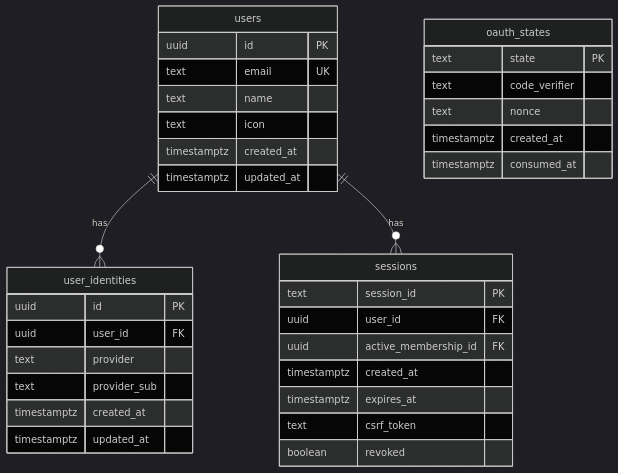
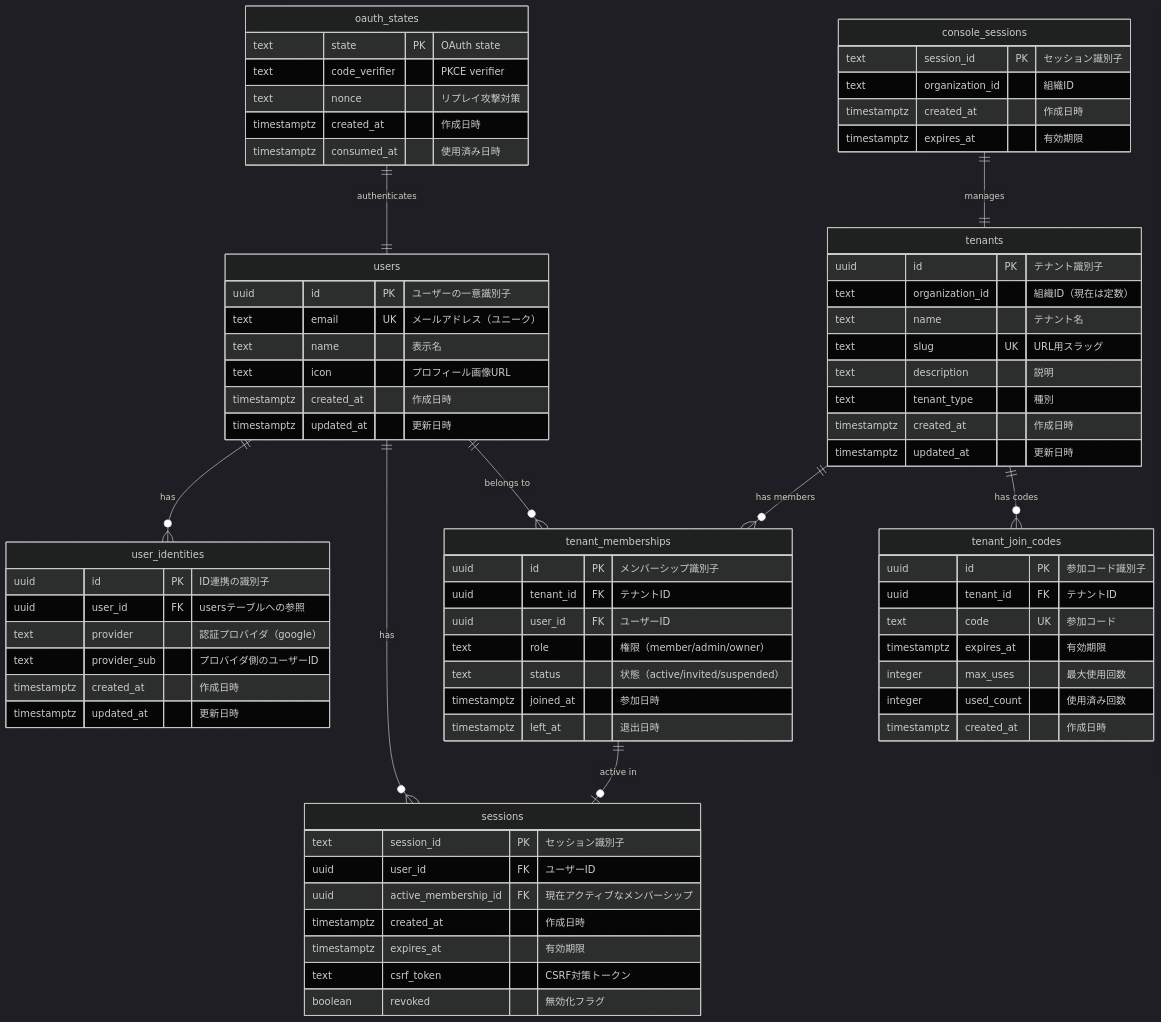
The sixth of 7 diagrams in docs/all_docs.md (shibayama-club/keyhub), drawn with Mermaid (dark theme) before and after one commit. The commit also changed other lines of this file, not shown here.

````diff
--- a/docs/all_docs.md
+++ b/docs/all_docs.md
@@ -232,41 +238,88 @@
 ```mermaid
 erDiagram
-  users {
-    uuid id PK
-    text email UK
-    text name
-    text icon
-    timestamptz created_at
-    timestamptz updated_at
-  }
+    users ||--o{ user_identities : "has"
+    users ||--o{ sessions : "has"
+    users ||--o{ tenant_memberships : "belongs to"
 
-  user_identities {
-    uuid id PK
-    uuid user_id FK
-    text provider
-    text provider_sub
-    timestamptz created_at
-    timestamptz updated_at
-  }
+    tenants ||--o{ tenant_memberships : "has members"
+    tenants ||--o{ tenant_join_codes : "has codes"
 
-  sessions {
-    text session_id PK
-    uuid user_id FK
-    uuid active_membership_id FK
-    timestamptz created_at
-    timestamptz expires_at
-    text csrf_token
-    boolean revoked
-  }
+    tenant_memberships ||--o| sessions : "active in"
 
-  oauth_states {
-    text state PK
-    text code_verifier
-    text nonce
-    timestamptz created_at
-    timestamptz consumed_at
-  }
+    oauth_states ||--|| users : "authenticates"
+    console_sessions ||--|| tenants : "manages"
 
-  users ||--o{ user_identities : has
-  users ||--o{ sessions : has
+    users {
+        uuid id PK "ユーザーの一意識別子"
+        text email UK "メールアドレス（ユニーク）"
+        text name "表示名"
+        text icon "プロフィール画像URL"
+        timestamptz created_at "作成日時"
+        timestamptz updated_at "更新日時"
+    }
+
+    user_identities {
+        uuid id PK "ID連携の識別子"
+        uuid user_id FK "usersテーブルへの参照"
+        text provider "認証プロバイダ（google）"
+        text provider_sub "プロバイダ側のユーザーID"
+        timestamptz created_at "作成日時"
+        timestamptz updated_at "更新日時"
+    }
+
+    sessions {
+        text session_id PK "セッション識別子"
+        uuid user_id FK "ユーザーID"
+        uuid active_membership_id FK "現在アクティブなメンバーシップ"
+        timestamptz created_at "作成日時"
+        timestamptz expires_at "有効期限"
+        text csrf_token "CSRF対策トークン"
+        boolean revoked "無効化フラグ"
+    }
+
+    oauth_states {
+        text state PK "OAuth state"
+        text code_verifier "PKCE verifier"
+        text nonce "リプレイ攻撃対策"
+        timestamptz created_at "作成日時"
+        timestamptz consumed_at "使用済み日時"
+    }
+
+    tenants {
+        uuid id PK "テナント識別子"
+        text organization_id "組織ID（現在は定数）"
+        text name "テナント名"
+        text slug UK "URL用スラッグ"
+        text description "説明"
+        text tenant_type "種別"
+        timestamptz created_at "作成日時"
+        timestamptz updated_at "更新日時"
+    }
+
+    tenant_join_codes {
+        uuid id PK "参加コード識別子"
+        uuid tenant_id FK "テナントID"
+        text code UK "参加コード"
+        timestamptz expires_at "有効期限"
+        integer max_uses "最大使用回数"
+        integer used_count "使用済み回数"
+        timestamptz created_at "作成日時"
+    }
+
+    tenant_memberships {
+        uuid id PK "メンバーシップ識別子"
+        uuid tenant_id FK "テナントID"
+        uuid user_id FK "ユーザーID"
+        text role "権限（member/admin/owner）"
+        text status "状態（active/invited/suspended）"
+        timestamptz joined_at "参加日時"
+        timestamptz left_at "退出日時"
+    }
+
+    console_sessions {
+        text session_id PK "セッション識別子"
+        text organization_id "組織ID"
+        timestamptz created_at "作成日時"
+        timestamptz expires_at "有効期限"
+    }
 ```
````
